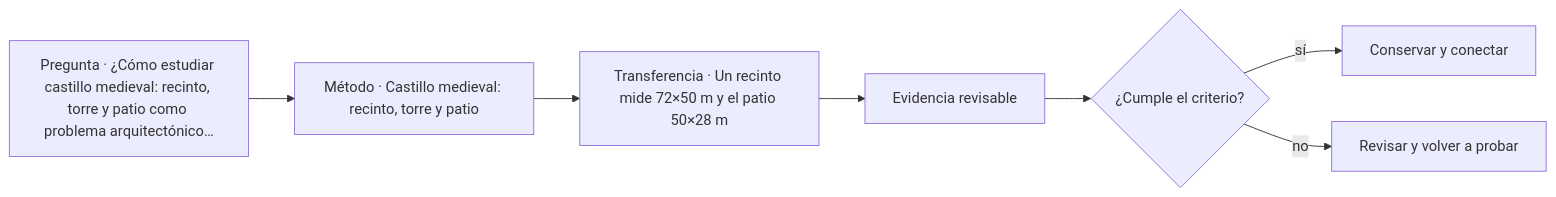
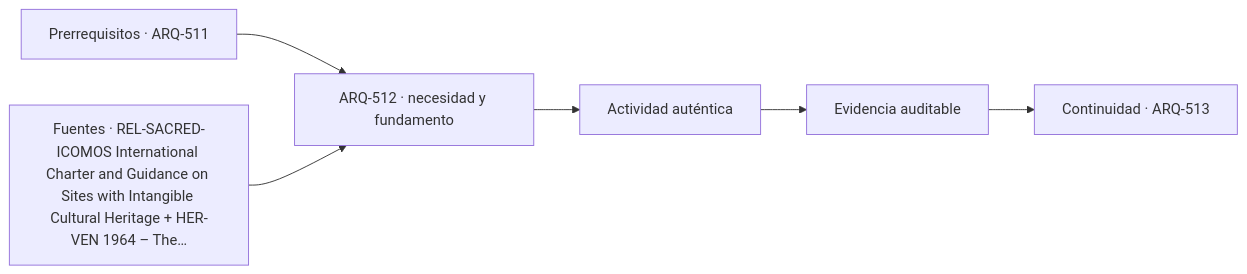
One commit to vladimiracunadev-create/architecture-built-environment-learning-program changed the diagram in classes/parte-52/ARQ-512.md. Above: the diagram before and after it, drawn with Mermaid. The commit also changed other lines of this file and 761 other files, not shown here.

````diff
--- a/classes/parte-52/ARQ-512.md
+++ b/classes/parte-52/ARQ-512.md
@@ -81,9 +93,8 @@
 ```mermaid
 flowchart LR
-    Q["Pregunta · ¿Cómo estudiar castillo medieval: recinto, torre y patio como problema arquitectónico…"] --> M["Método · Castillo medieval: recinto, torre y patio"]
-    M --> P["Transferencia · Un recinto mide 72×50 m y el patio 50×28 m"]
-    P --> E["Evidencia revisable"]
-    E --> C{"¿Cumple el criterio?"}
-    C -->|sí| T["Conservar y conectar"]
-    C -->|no| R["Revisar y volver a probar"]
+    A["Prerrequisitos · ARQ-511"] --> B["ARQ-512 · necesidad y fundamento"]
+    S["Fuentes · REL-SACRED-ICOMOS International Charter and Guidance on Sites with Intangible Cultural Heritage + HER-VEN 1964 – The…"] --> B
+    B --> C["Actividad auténtica"]
+    C --> D["Evidencia auditable"]
+    D --> E["Continuidad · ARQ-513"]
 ```
````
